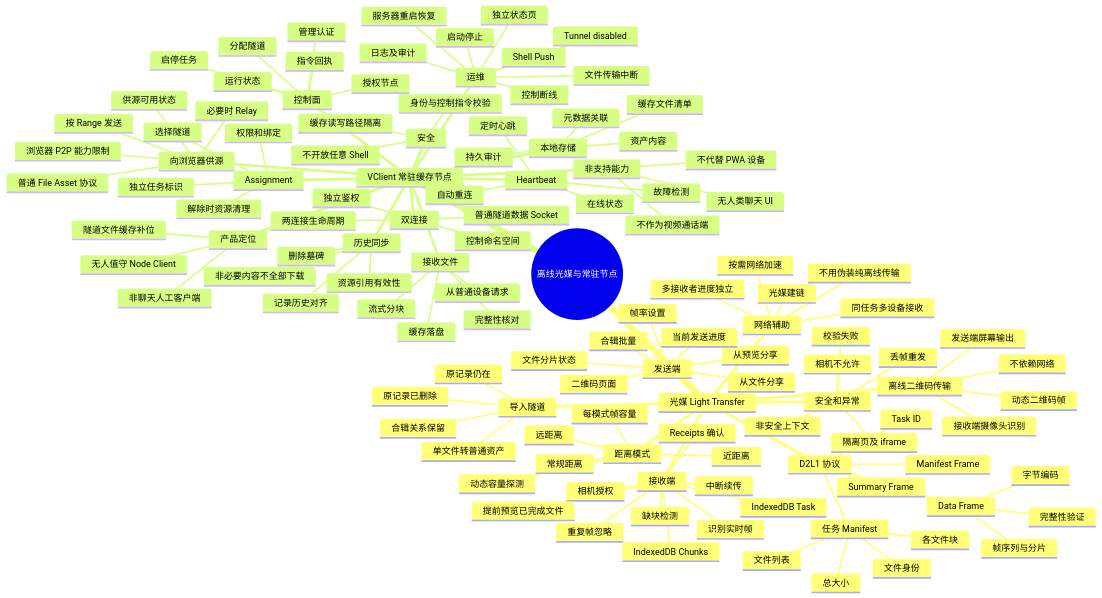
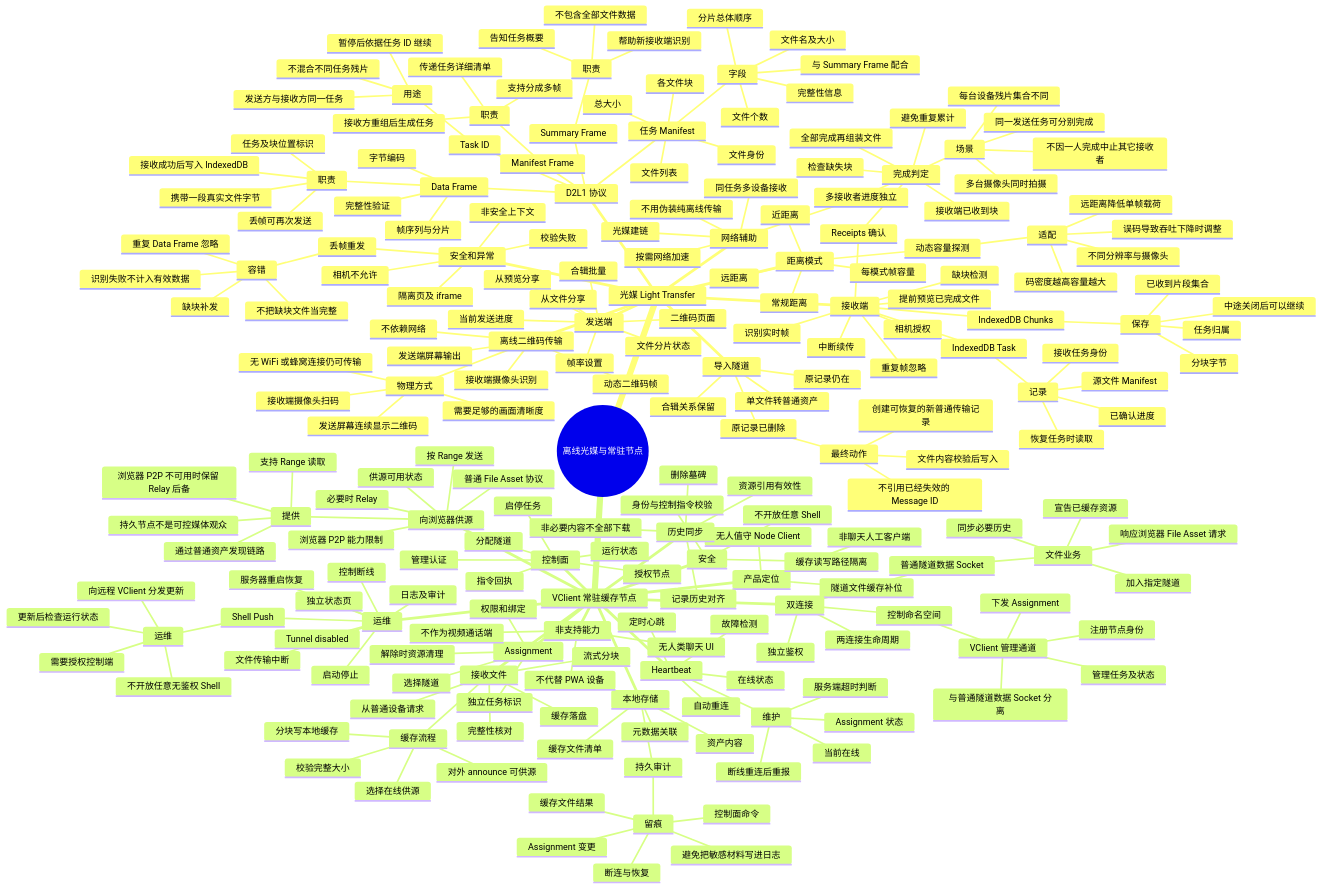
One commit to Ltre/file-tunnel changed the diagram in docs/overview/feature-mindmaps/10-light-transfer-vclient.md. Above: the diagram before and after it, drawn with Mermaid. The commit also changed 2 other files, not shown here.

Commit message:
docs: deepen PWA, Light Transfer, VClient and administration mindmaps 09-11

```diff
--- a/docs/overview/feature-mindmaps/10-light-transfer-vclient.md
+++ b/docs/overview/feature-mindmaps/10-light-transfer-vclient.md
@@ -12,20 +12,48 @@
   root((离线光媒与常驻节点))
     光媒 Light Transfer
       离线二维码传输
+        物理方式
+          发送屏幕连续显示二维码
+          接收端摄像头扫码
+          无 WiFi 或蜂窝连接仍可传输
+          需要足够的画面清晰度
         不依赖网络
         动态二维码帧
         发送端屏幕输出
         接收端摄像头识别
       D2L1 协议
         Task ID
+          用途
+            发送方与接收方同一任务
+            不混合不同任务残片
+            暂停后依据任务 ID 继续
         任务 Manifest
+          字段
+            文件个数
+            文件名及大小
+            分片总体顺序
+            完整性信息
+            与 Summary Frame 配合
           文件列表
           总大小
           各文件块
           文件身份
         Summary Frame
+          职责
+            告知任务概要
+            帮助新接收端识别
+            不包含全部文件数据
         Manifest Frame
+          职责
+            传递任务详细清单
+            支持分成多帧
+            接收方重组后生成任务
         Data Frame
+          职责
+            携带一段真实文件字节
+            任务及块位置标识
+            丢帧可再次发送
+            接收成功后写入 IndexedDB
           帧序列与分片
           字节编码
           完整性验证
@@ -35,6 +63,11 @@
         近距离
         每模式帧容量
         动态容量探测
+          适配
+            不同分辨率与摄像头
+            码密度越高容量越大
+            远距离降低单帧载荷
+            误码导致吞吐下降时调整
       发送端
         从预览分享
         从文件分享
@@ -47,8 +80,23 @@
         相机授权
         识别实时帧
         IndexedDB Task
+          记录
+            接收任务身份
+            已确认进度
+            源文件 Manifest
+            恢复任务时读取
         IndexedDB Chunks
+          保存
+            分块字节
+            任务归属
+            已收到片段集合
+            中途关闭后可以继续
         Receipts 确认
+          完成判定
+            接收端已收到块
+            避免重复累计
+            检查缺失块
+            全部完成再组装文件
         缺块检测
         重复帧忽略
         中断续传
@@ -59,9 +107,18 @@
         不用伪装纯离线传输
         同任务多设备接收
         多接收者进度独立
+          场景
+            多台摄像头同时拍摄
+            每台设备残片集合不同
+            同一发送任务可分别完成
+            不因一人完成中止其它接收者
       导入隧道
         原记录仍在
         原记录已删除
+          最终动作
+            创建可恢复的新普通传输记录
+            不引用已经失效的 Message ID
+            文件内容校验后写入
         单文件转普通资产
         合辑关系保留
       安全和异常
@@ -69,6 +126,11 @@
         非安全上下文
         校验失败
         丢帧重发
+          容错
+            识别失败不计入有效数据
+            缺块补发
+            重复 Data Frame 忽略
+            不把缺块文件当完整
         隔离页及 iframe
     VClient 常驻缓存节点
       产品定位
@@ -77,7 +139,17 @@
         非聊天人工客户端
       双连接
         控制命名空间
+          VClient 管理通道
+            注册节点身份
+            下发 Assignment
+            管理任务及状态
+            与普通隧道数据 Socket 分离
         普通隧道数据 Socket
+          文件业务
+            加入指定隧道
+            同步必要历史
+            宣告已缓存资源
+            响应浏览器 File Asset 请求
         独立鉴权
         两连接生命周期
       控制面
@@ -93,6 +165,11 @@
         独立任务标识
         解除时资源清理
       Heartbeat
+        维护
+          当前在线
+          Assignment 状态
+          服务端超时判断
+          断线重连后重报
         定时心跳
         在线状态
         故障检测
@@ -102,12 +179,28 @@
         资产内容
         元数据关联
         持久审计
+          留痕
+            控制面命令
+            Assignment 变更
+            缓存文件结果
+            断连与恢复
+            避免把敏感材料写进日志
       接收文件
+        缓存流程
+          选择在线供源
+          分块写本地缓存
+          校验完整大小
+          对外 announce 可供源
         从普通设备请求
         流式分块
         完整性核对
         缓存落盘
       向浏览器供源
+        提供
+          通过普通资产发现链路
+          支持 Range 读取
+          浏览器 P2P 不可用时保留 Relay 后备
+          持久节点不是可控媒体观众
         普通 File Asset 协议
         按 Range 发送
         供源可用状态
@@ -121,6 +214,11 @@
       运维
         独立状态页
         Shell Push
+          运维
+            向远程 VClient 分发更新
+            需要授权控制端
+            更新后检查运行状态
+            不开放任意无鉴权 Shell
         启动停止
         日志及审计
         控制断线
```
